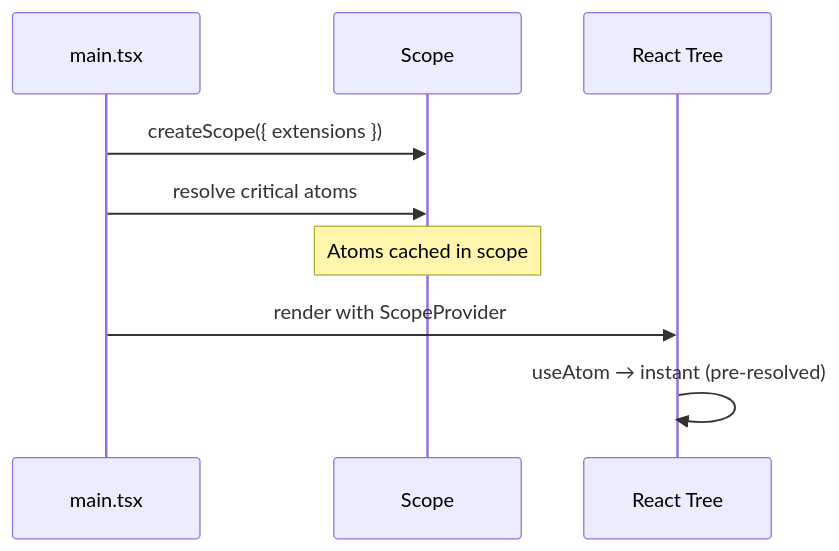
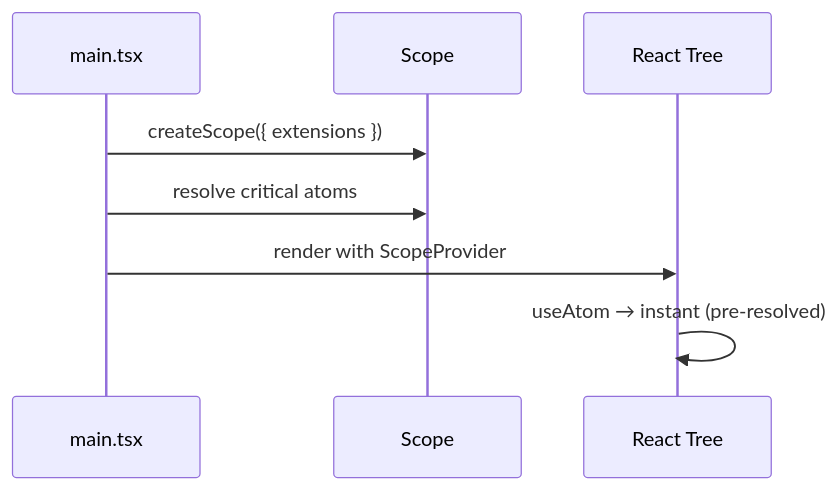
One commit to pumped-fn/pumped-fn changed the first of 2 diagrams in packages/lite-react/PATTERNS.md. Above: the diagram before and after it, drawn with Mermaid. The commit also changed other lines of this file and 2 other files, not shown here.

````diff
--- a/packages/lite-react/PATTERNS.md
+++ b/packages/lite-react/PATTERNS.md
@@ -24,13 +11,11 @@
 ```mermaid
 sequenceDiagram
     participant Main as main.tsx
     participant Scope
     participant React as React Tree
 
     Main->>Scope: createScope({ extensions })
     Main->>Scope: resolve critical atoms
-    Note over Scope: Atoms cached in scope
-
     Main->>React: render with ScopeProvider
     React->>React: useAtom → instant (pre-resolved)
 ```
````
